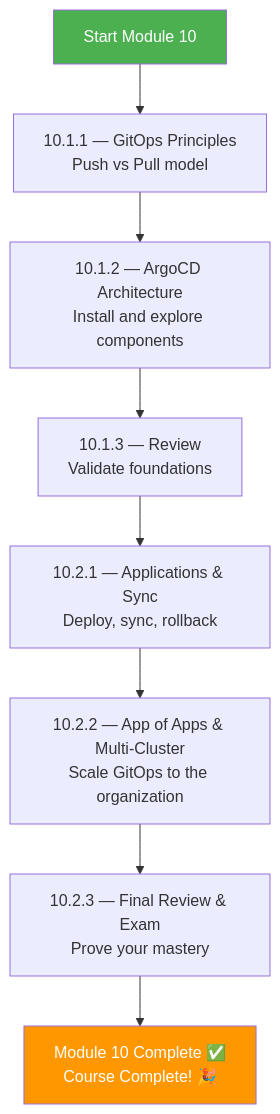
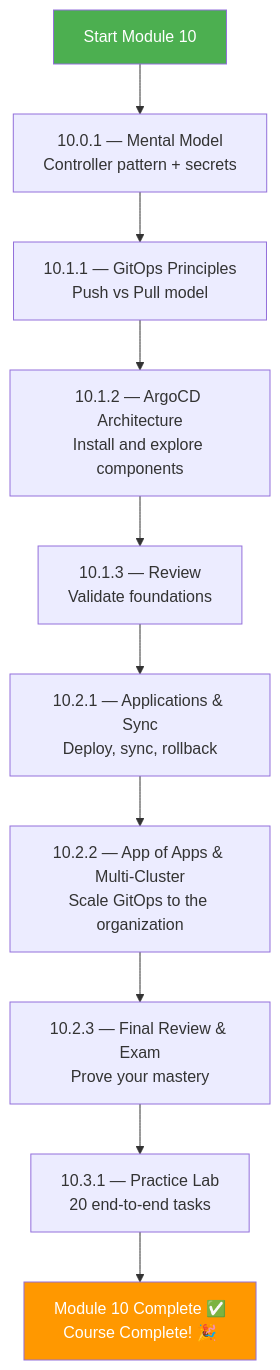
One commit to VidhyadharanSS/PlatformEngineeringNotes changed the second of 3 diagrams in 10-GitOps-ArgoCD/Module_10_Approach_Guide.md. Above: the diagram before and after it, drawn with Mermaid. The commit also changed other lines of this file and 45 other files, not shown here.

````diff
--- a/10-GitOps-ArgoCD/Module_10_Approach_Guide.md
+++ b/10-GitOps-ArgoCD/Module_10_Approach_Guide.md
@@ -46,13 +52,15 @@
 ```mermaid
 flowchart TD
-    A[Start Module 10] --> B["10.1.1 — GitOps Principles<br/>Push vs Pull model"]
+    A[Start Module 10] --> Z["10.0.1 — Mental Model<br/>Controller pattern + secrets"]
+    Z --> B["10.1.1 — GitOps Principles<br/>Push vs Pull model"]
     B --> C["10.1.2 — ArgoCD Architecture<br/>Install and explore components"]
     C --> D["10.1.3 — Review<br/>Validate foundations"]
     D --> E["10.2.1 — Applications & Sync<br/>Deploy, sync, rollback"]
     E --> F["10.2.2 — App of Apps & Multi-Cluster<br/>Scale GitOps to the organization"]
     F --> G["10.2.3 — Final Review & Exam<br/>Prove your mastery"]
-    G --> H[Module 10 Complete ✅<br/>Course Complete! 🎉]
+    G --> P["10.3.1 — Practice Lab<br/>20 end-to-end tasks"]
+    P --> H[Module 10 Complete ✅<br/>Course Complete! 🎉]
 
     style A fill:#4CAF50,color:#fff
     style H fill:#FF9800,color:#fff
 ```
````
